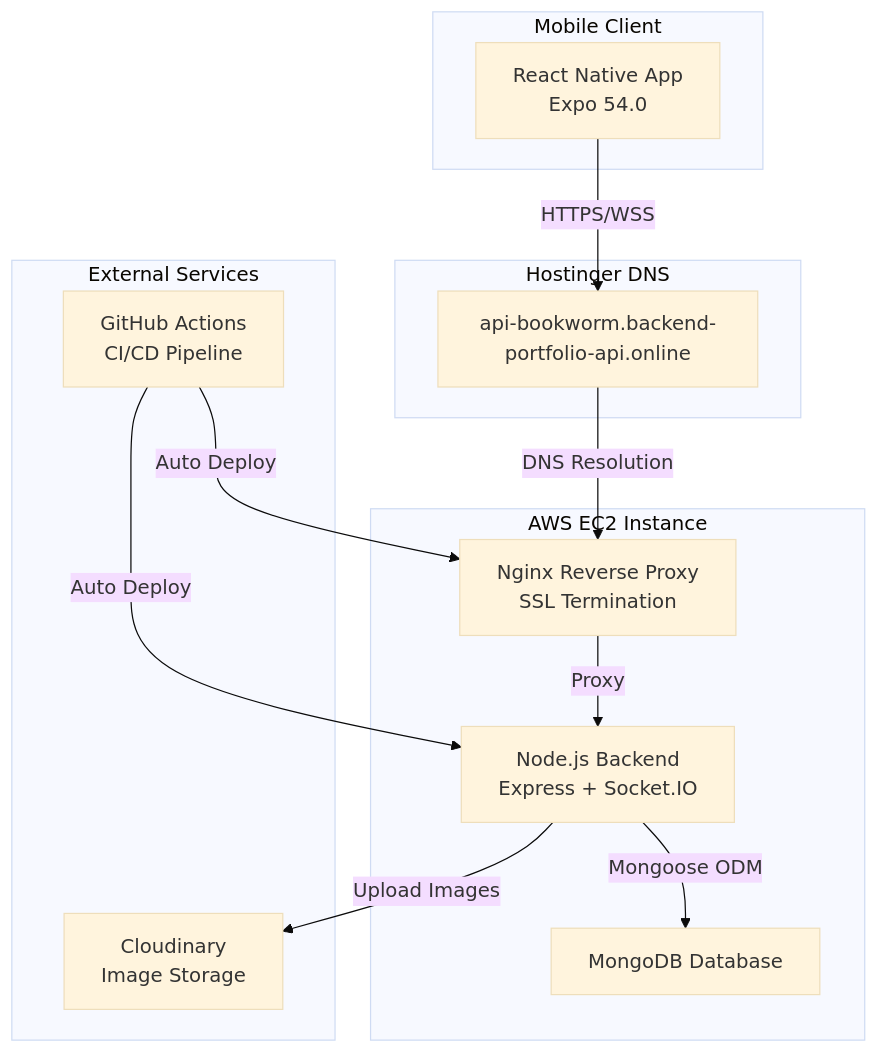
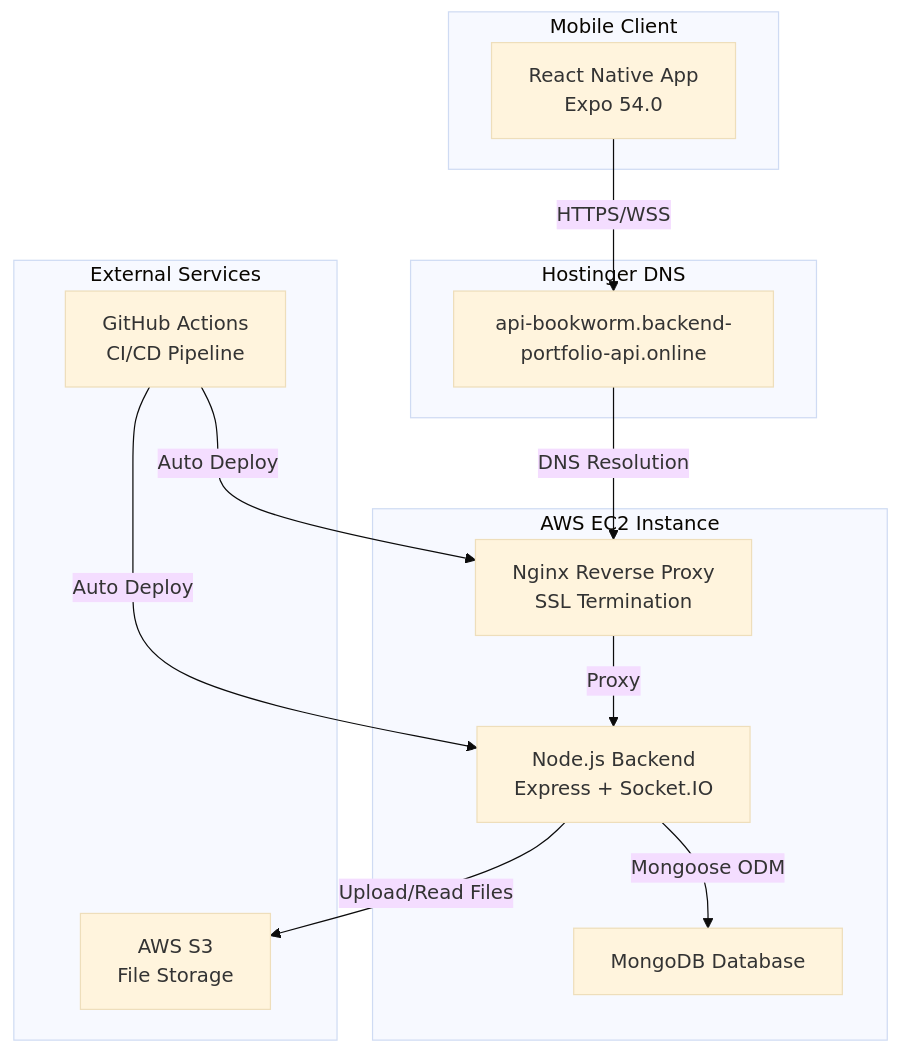
Before and after one commit to vedchaudhari/rn-bookworm: the first of 2 diagrams in README.md, drawn with Mermaid (base theme). The commit also changed other lines of this file and 1 other file, not shown here.

Commit message:
feat: Replace Cloudinary with AWS S3 for file storage, update README documentation, and rename the local database in the seed script.

````diff
--- a/README.md
+++ b/README.md
@@ -125,29 +125,29 @@
 ```mermaid
 graph TB
     subgraph "Mobile Client"
         A[React Native App<br/>Expo 54.0]
     end
     
     subgraph "Hostinger DNS"
         B[api-bookworm.backend-portfolio-api.online]
     end
     
     subgraph "AWS EC2 Instance"
         C[Nginx Reverse Proxy<br/>SSL Termination]
         D[Node.js Backend<br/>Express + Socket.IO]
         E[MongoDB Database]
     end
     
     subgraph "External Services"
-        F[Cloudinary<br/>Image Storage]
+        F[AWS S3<br/>File Storage]
         G[GitHub Actions<br/>CI/CD Pipeline]
     end
     
     A -->|HTTPS/WSS| B
     B -->|DNS Resolution| C
     C -->|Proxy| D
     D -->|Mongoose ODM| E
-    D -->|Upload Images| F
+    D -->|Upload/Read Files| F
     G -->|Auto Deploy| C
     G -->|Auto Deploy| D
 ```
````
